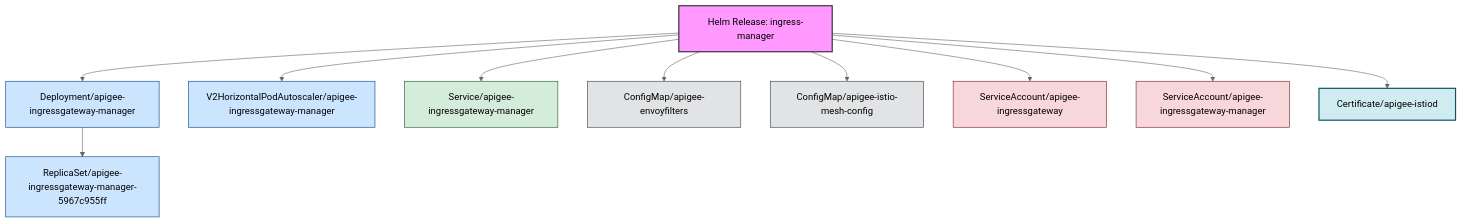
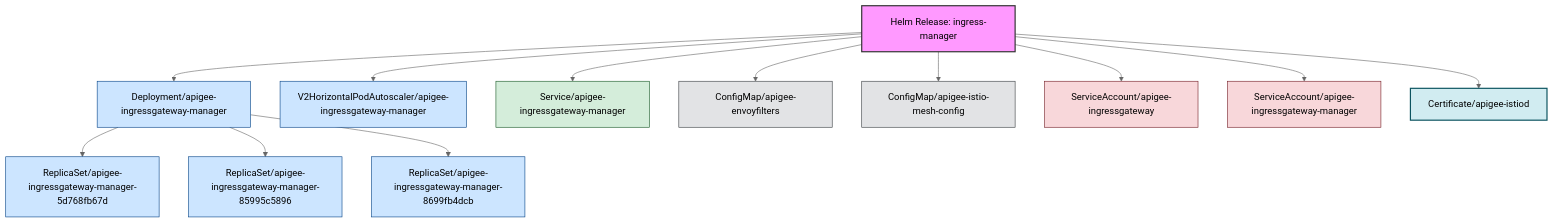
Before and after one commit to anaik91/apigee-hybrid-relationship-builder: the diagram in generated/apigee-ingress-manager-1.15.0-shallow-all.md, drawn with Mermaid (neutral theme). The commit also changed other lines of this file and 60 other files, not shown here.

````diff
--- a/generated/apigee-ingress-manager-1.15.0-shallow-all.md
+++ b/generated/apigee-ingress-manager-1.15.0-shallow-all.md
@@ -11,44 +11,50 @@
 ```mermaid
 graph TD;
     classDef helm fill:#f9f,stroke:#333,stroke-width:2px,color:#000
     classDef workload fill:#cce5ff,stroke:#004085,stroke-width:1px,color:#000
     classDef network fill:#d4edda,stroke:#155724,stroke-width:1px,color:#000
     classDef config fill:#e2e3e5,stroke:#383d41,stroke-width:1px,color:#000
     classDef rbac fill:#f8d7da,stroke:#721c24,stroke-width:1px,color:#000
     classDef apigee_crd fill:#fff3cd,stroke:#856404,stroke-width:2px,color:#000
     classDef cert_manager_crd fill:#d1ecf1,stroke:#0c5460,stroke-width:2px,color:#000
     classDef webhook fill:#ddd,stroke:#333,stroke-width:2px,color:#000
     classDef default fill:#fff,stroke:#333,stroke-width:1px,color:#000
 
     Deploymentapigeeingressgatewaymanager["Deployment/apigee-ingressgateway-manager"]
-    ReplicaSetapigeeingressgatewaymanager5967c955ff["ReplicaSet/apigee-ingressgateway-manager-5967c955ff"]
+    ReplicaSetapigeeingressgatewaymanager5d768fb67d["ReplicaSet/apigee-ingressgateway-manager-5d768fb67d"]
+    ReplicaSetapigeeingressgatewaymanager85995c5896["ReplicaSet/apigee-ingressgateway-manager-85995c5896"]
+    ReplicaSetapigeeingressgatewaymanager8699fb4dcb["ReplicaSet/apigee-ingressgateway-manager-8699fb4dcb"]
     HelmReleaseingressmanager["Helm Release: ingress-manager"]
     V2HorizontalPodAutoscalerapigeeingressgatewaymanager["V2HorizontalPodAutoscaler/apigee-ingressgateway-manager"]
     Serviceapigeeingressgatewaymanager["Service/apigee-ingressgateway-manager"]
     ConfigMapapigeeenvoyfilters["ConfigMap/apigee-envoyfilters"]
     ConfigMapapigeeistiomeshconfig["ConfigMap/apigee-istio-mesh-config"]
     ServiceAccountapigeeingressgateway["ServiceAccount/apigee-ingressgateway"]
     ServiceAccountapigeeingressgatewaymanager["ServiceAccount/apigee-ingressgateway-manager"]
     Certificateapigeeistiod["Certificate/apigee-istiod"]
 
     class Deploymentapigeeingressgatewaymanager workload;
-    class ReplicaSetapigeeingressgatewaymanager5967c955ff workload;
+    class ReplicaSetapigeeingressgatewaymanager5d768fb67d workload;
+    class ReplicaSetapigeeingressgatewaymanager85995c5896 workload;
+    class ReplicaSetapigeeingressgatewaymanager8699fb4dcb workload;
     class HelmReleaseingressmanager helm;
     class V2HorizontalPodAutoscalerapigeeingressgatewaymanager workload;
     class Serviceapigeeingressgatewaymanager network;
     class ConfigMapapigeeenvoyfilters config;
     class ConfigMapapigeeistiomeshconfig config;
     class ServiceAccountapigeeingressgateway rbac;
     class ServiceAccountapigeeingressgatewaymanager rbac;
     class Certificateapigeeistiod cert_manager_crd;
 
-    Deploymentapigeeingressgatewaymanager --> ReplicaSetapigeeingressgatewaymanager5967c955ff
+    Deploymentapigeeingressgatewaymanager --> ReplicaSetapigeeingressgatewaymanager5d768fb67d
+    Deploymentapigeeingressgatewaymanager --> ReplicaSetapigeeingressgatewaymanager85995c5896
+    Deploymentapigeeingressgatewaymanager --> ReplicaSetapigeeingressgatewaymanager8699fb4dcb
     HelmReleaseingressmanager --> Deploymentapigeeingressgatewaymanager
     HelmReleaseingressmanager --> V2HorizontalPodAutoscalerapigeeingressgatewaymanager
     HelmReleaseingressmanager --> Serviceapigeeingressgatewaymanager
     HelmReleaseingressmanager --> ConfigMapapigeeenvoyfilters
     HelmReleaseingressmanager --> ConfigMapapigeeistiomeshconfig
     HelmReleaseingressmanager --> ServiceAccountapigeeingressgateway
     HelmReleaseingressmanager --> ServiceAccountapigeeingressgatewaymanager
     HelmReleaseingressmanager --> Certificateapigeeistiod
 ```
````
